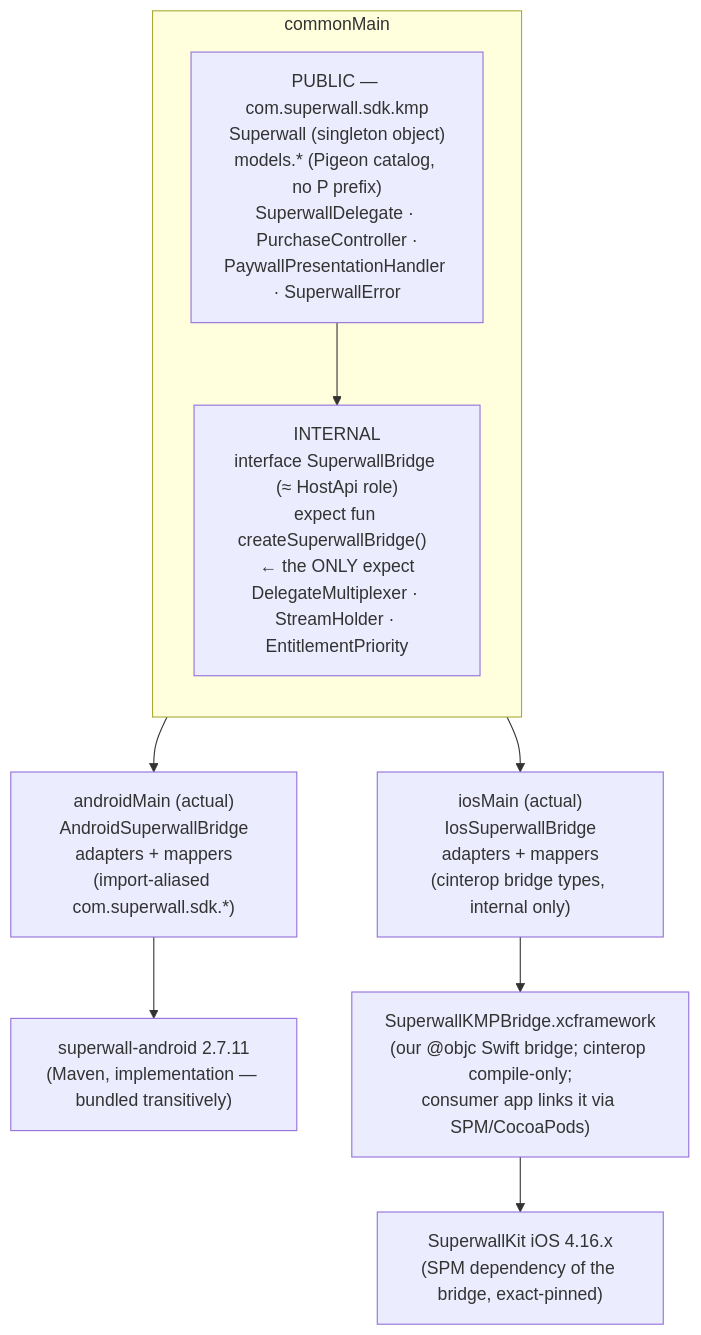
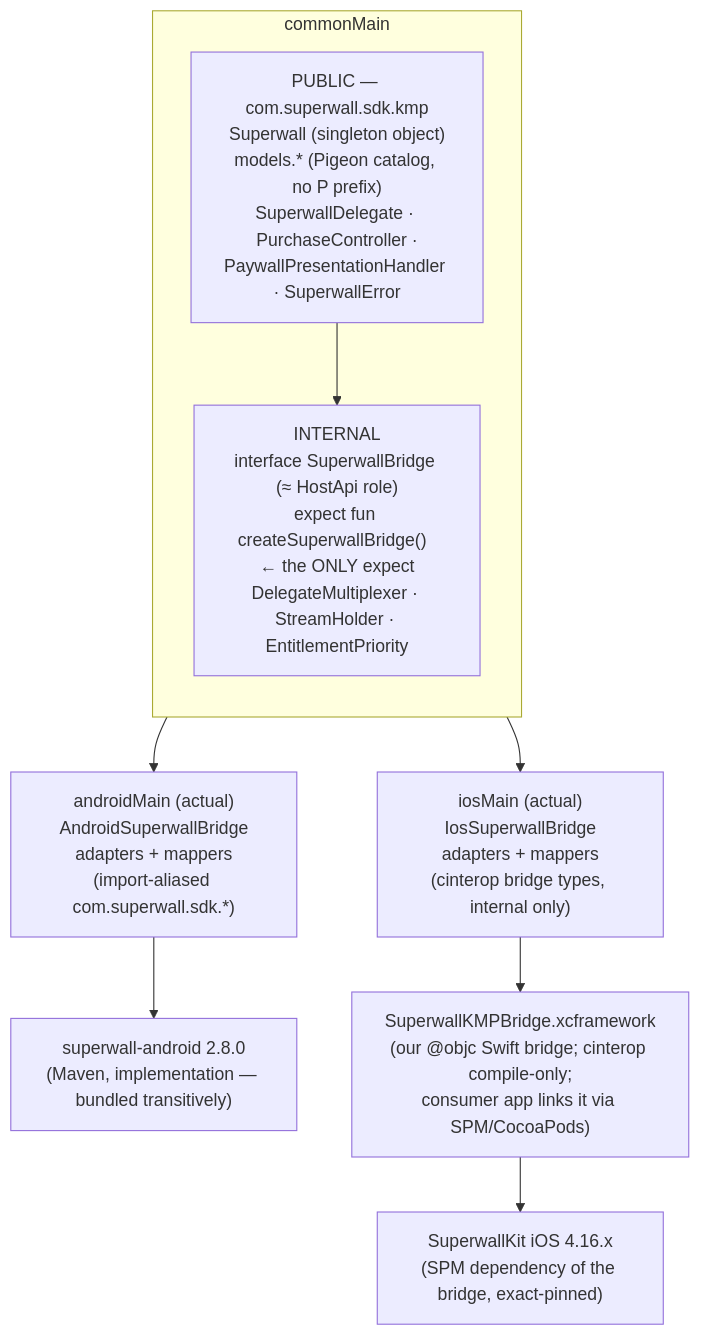
One commit to superwall/Superwall-KMP changed the diagram in docs/IMPLEMENTATION_PLAN.md. Above: the diagram before and after it, drawn with Mermaid. The commit also changed other lines of this file and 30 other files, not shown here.

````diff
--- a/docs/IMPLEMENTATION_PLAN.md
+++ b/docs/IMPLEMENTATION_PLAN.md
@@ -41,14 +41,14 @@
 ```mermaid
 flowchart TB
     subgraph common["commonMain"]
         direction TB
         PUB["PUBLIC — com.superwall.sdk.kmp<br/>Superwall (singleton object)<br/>models.* (Pigeon catalog, no P prefix)<br/>SuperwallDelegate · PurchaseController ·<br/>PaywallPresentationHandler · SuperwallError"]
         INT["INTERNAL<br/>interface SuperwallBridge (≈ HostApi role)<br/>expect fun createSuperwallBridge()  ← the ONLY expect<br/>DelegateMultiplexer · StreamHolder · EntitlementPriority"]
         PUB --> INT
     end
     INT --> A["androidMain (actual)<br/>AndroidSuperwallBridge<br/>adapters + mappers<br/>(import-aliased com.superwall.sdk.*)"]
     INT --> I["iosMain (actual)<br/>IosSuperwallBridge<br/>adapters + mappers<br/>(cinterop bridge types, internal only)"]
-    A --> NA["superwall-android 2.7.11<br/>(Maven, implementation — bundled transitively)"]
+    A --> NA["superwall-android 2.8.0<br/>(Maven, implementation — bundled transitively)"]
     I --> NI["SuperwallKMPBridge.xcframework<br/>(our @objc Swift bridge; cinterop compile-only;<br/>consumer app links it via SPM/CocoaPods)"]
     NI --> SWK["SuperwallKit iOS 4.16.x<br/>(SPM dependency of the bridge, exact-pinned)"]
 ```
````
